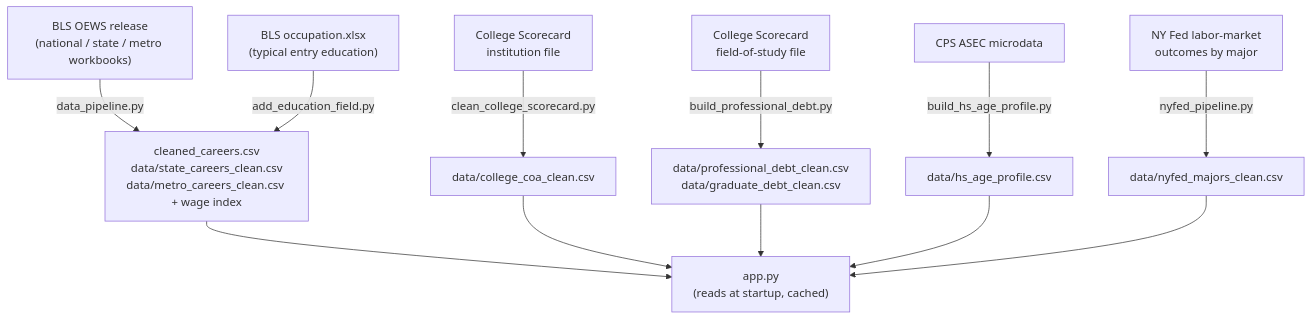
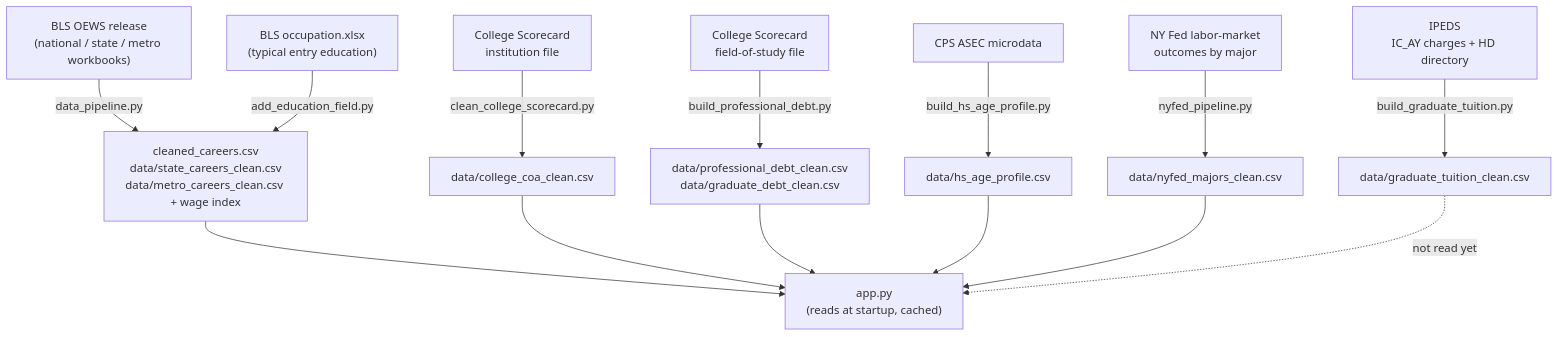
Before and after one commit to OneVVish/StudentLoanROI: the second of 3 diagrams in ARCHITECTURE.md, drawn with Mermaid. The commit also changed other lines of this file and 6 other files, not shown here.

````diff
--- a/ARCHITECTURE.md
+++ b/ARCHITECTURE.md
@@ -118,11 +118,13 @@
 ```mermaid
 flowchart TD
     OEWS["BLS OEWS release<br/>(national / state / metro workbooks)"] -->|data_pipeline.py| C1["cleaned_careers.csv<br/>data/state_careers_clean.csv<br/>data/metro_careers_clean.csv + wage index"]
     ED["BLS occupation.xlsx<br/>(typical entry education)"] -->|add_education_field.py| C1
     SC["College Scorecard<br/>institution file"] -->|clean_college_scorecard.py| C2["data/college_coa_clean.csv"]
     FOS["College Scorecard<br/>field-of-study file"] -->|build_professional_debt.py| C3["data/professional_debt_clean.csv<br/>data/graduate_debt_clean.csv"]
+    IPEDS["IPEDS<br/>IC_AY charges + HD directory"] -->|build_graduate_tuition.py| C6["data/graduate_tuition_clean.csv"]
     CPS["CPS ASEC microdata"] -->|build_hs_age_profile.py| C4["data/hs_age_profile.csv"]
     NYF["NY Fed labor-market<br/>outcomes by major"] -->|nyfed_pipeline.py| C5["data/nyfed_majors_clean.csv"]
 
     C1 & C2 & C3 & C4 & C5 --> APP["app.py<br/>(reads at startup, cached)"]
+    C6 -.not read yet.-> APP
 ```
````
